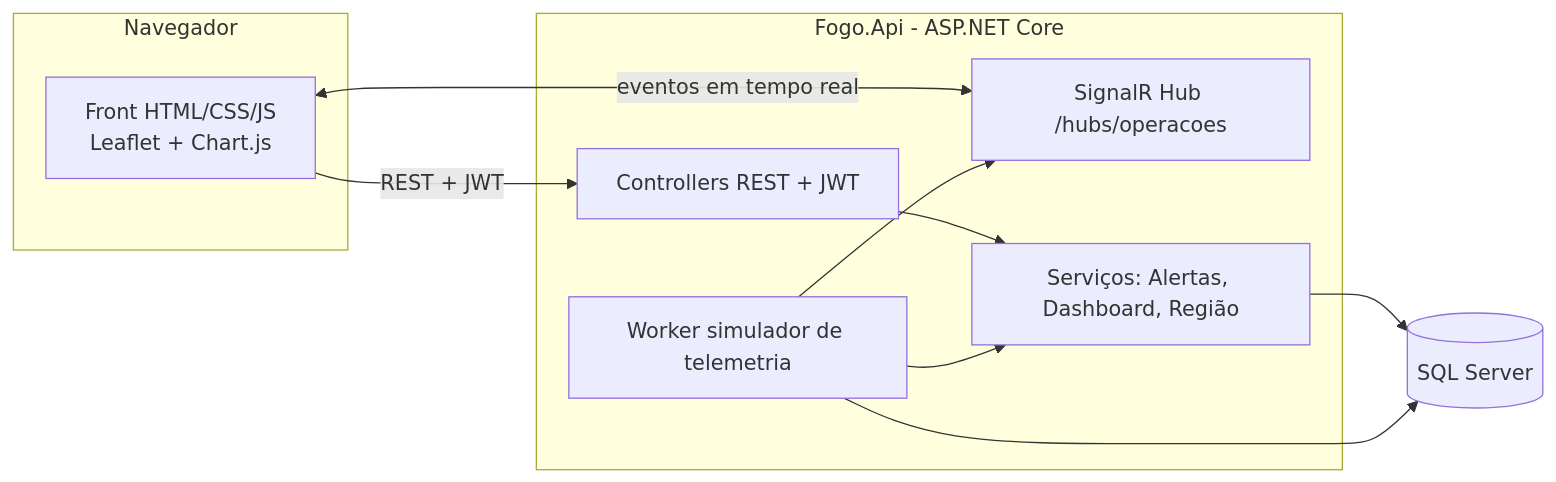
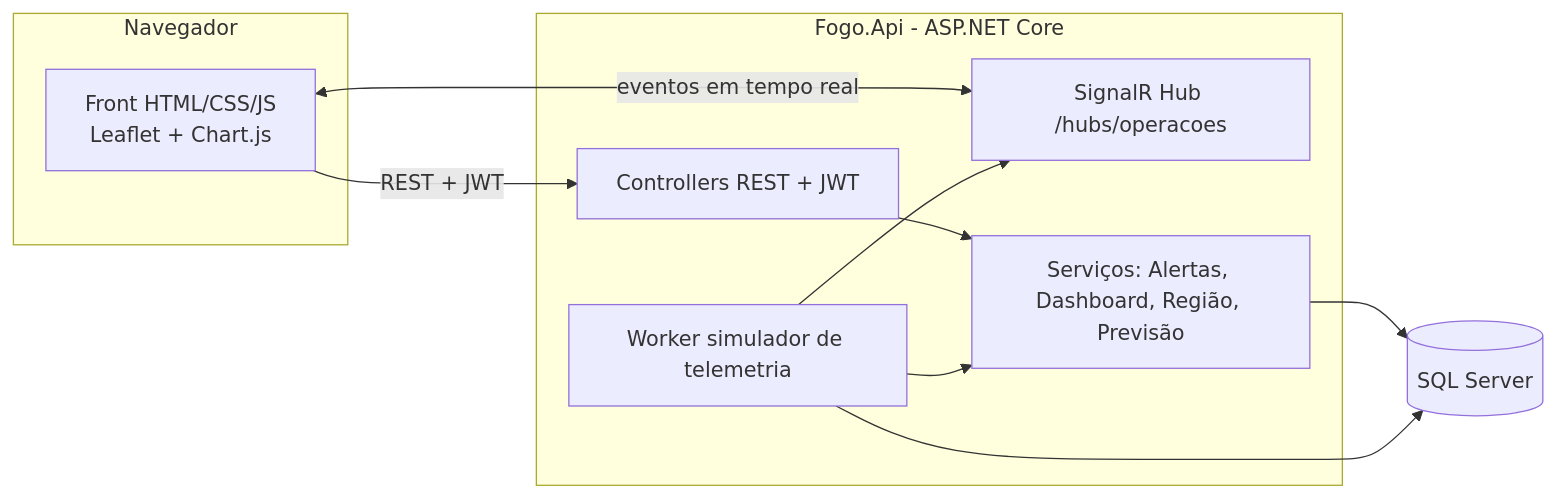
One commit to Kazaki-Dev0/Fogo changed the diagram in README.md. Above: the diagram before and after it, drawn with Mermaid. The commit also changed other lines of this file, not shown here.

````diff
--- a/README.md
+++ b/README.md
@@ -57,19 +62,19 @@
 ```mermaid
 flowchart LR
   subgraph Navegador
     F[Front HTML/CSS/JS<br/>Leaflet + Chart.js]
   end
   subgraph API [Fogo.Api - ASP.NET Core]
     C[Controllers REST + JWT]
     H[SignalR Hub /hubs/operacoes]
-    S[Serviços: Alertas, Dashboard, Região]
+    S[Serviços: Alertas, Dashboard, Região, Previsão]
     W[Worker simulador de telemetria]
   end
   DB[(SQL Server)]
   F -- REST + JWT --> C
   F <-- eventos em tempo real --> H
   C --> S --> DB
   W --> S
   W --> H
   W --> DB
 ```
````
